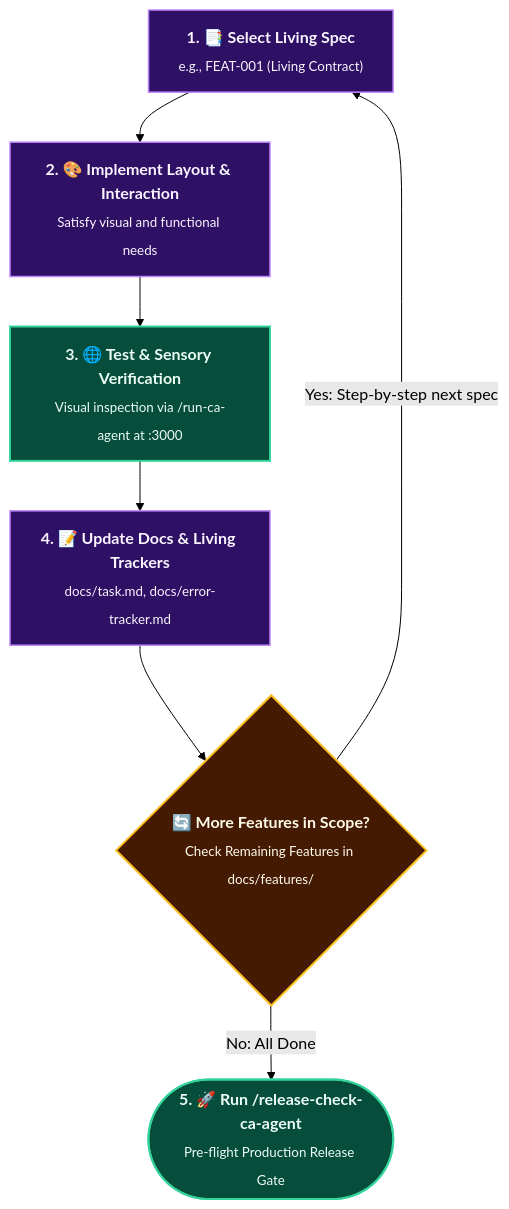
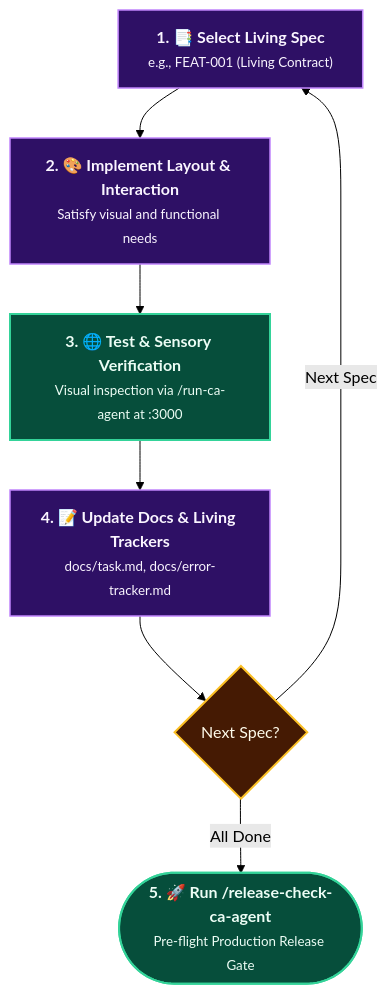
Before and after one commit to rmsofficialsyt/Agentic-AI-Vibe-Coding-AND-SDD-TDD-Codebase-Chandan-Adhikary: the second of 3 diagrams in Vibe-Coding-Chandan-Adhikary/Vibe-Coding/docs/features/README.md, drawn with Mermaid (forest theme). The commit also changed other lines of this file and 27 other files, not shown here.

Commit message:
docs: resolve text overlap and scattering across all diagrams via semantic typography and layout contracts

````diff
--- a/Vibe-Coding-Chandan-Adhikary/Vibe-Coding/docs/features/README.md
+++ b/Vibe-Coding-Chandan-Adhikary/Vibe-Coding/docs/features/README.md
@@ -55,13 +55,13 @@
 ```mermaid
 flowchart TD
     classDef step fill:#2e1065,stroke:#c084fc,stroke-width:1.5px,color:#faf5ff;
     classDef sensory fill:#064e3b,stroke:#34d399,stroke-width:2px,color:#ecfdf5;
     classDef gate fill:#451a03,stroke:#fbbf24,stroke-width:2px,color:#fffbeb;
 
-    SelectSpec["<b>1. 📑 Select Living Spec</b><br/><sub>e.g., FEAT-001 (Living Contract)</sub>"]:::step --> ScaffoldCode["<b>2. 🎨 Implement Layout & Interaction</b><br/><sub>Satisfy visual and functional needs</sub>"]:::step
-    ScaffoldCode --> LiveVerify["<b>3. 🌐 Test & Sensory Verification</b><br/><sub>Visual inspection via /run-ca-agent at :3000</sub>"]:::sensory
-    LiveVerify --> UpdateDocs["<b>4. 📝 Update Docs & Living Trackers</b><br/><sub>docs/task.md, docs/error-tracker.md</sub>"]:::step
-    UpdateDocs --> NextSpec{"<b>🔄 More Features in Scope?</b><br/><sub>Check Remaining Features in docs/features/</sub>"}:::gate
-    NextSpec -->|"Yes: Step-by-step next spec"| SelectSpec
-    NextSpec -->|"No: All Done"| FinalAudit(["<b>5. 🚀 Run /release-check-ca-agent</b><br/><sub>Pre-flight Production Release Gate</sub>"]):::sensory
+    SelectSpec["<b>1. 📑 Select Living Spec</b><br/><small>e.g., FEAT-001 (Living Contract)</small>"]:::step --> ScaffoldCode["<b>2. 🎨 Implement Layout & Interaction</b><br/><small>Satisfy visual and functional needs</small>"]:::step
+    ScaffoldCode --> LiveVerify["<b>3. 🌐 Test & Sensory Verification</b><br/><small>Visual inspection via /run-ca-agent at :3000</small>"]:::sensory
+    LiveVerify --> UpdateDocs["<b>4. 📝 Update Docs & Living Trackers</b><br/><small>docs/task.md, docs/error-tracker.md</small>"]:::step
+    UpdateDocs --> NextSpec{"Next Spec?"}:::gate
+    NextSpec -->|"Next Spec"| SelectSpec
+    NextSpec -->|"All Done"| FinalAudit(["<b>5. 🚀 Run /release-check-ca-agent</b><br/><small>Pre-flight Production Release Gate</small>"]):::sensory
 ```
````
